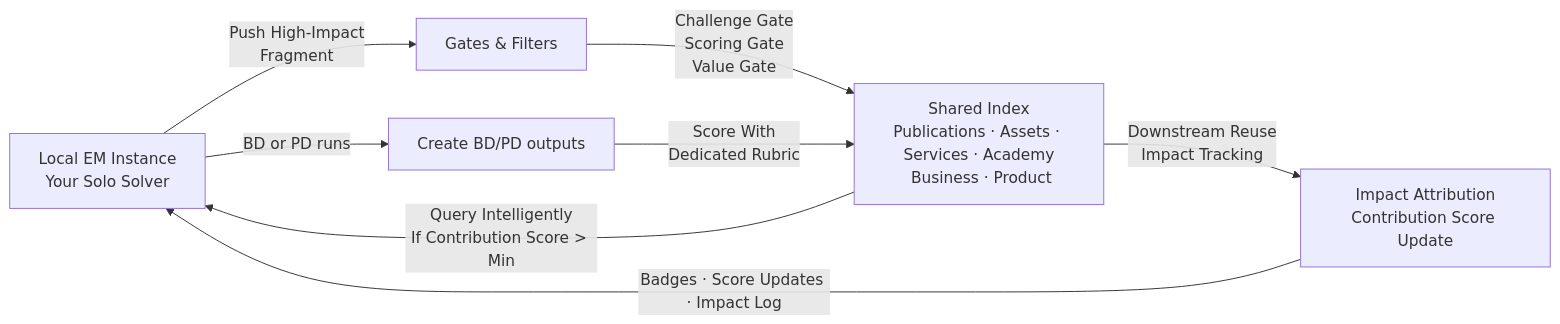
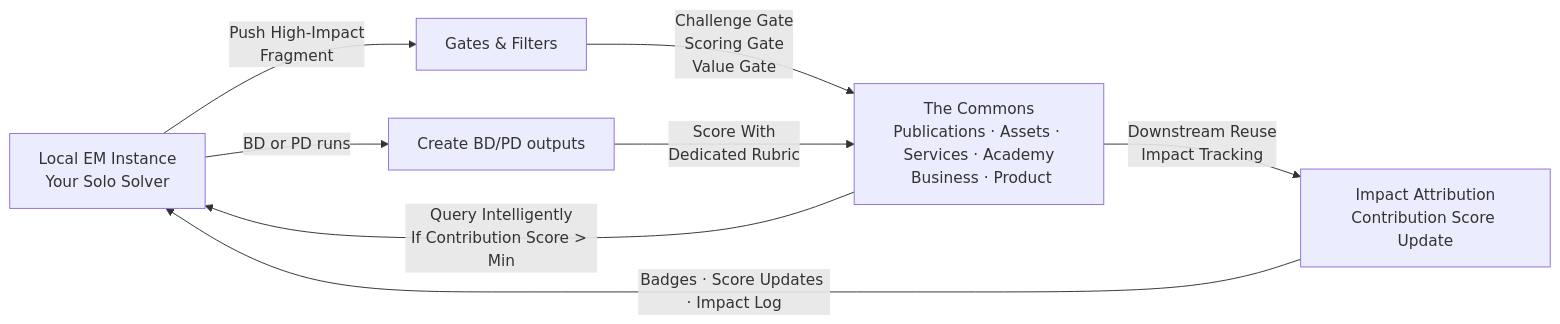
Before and after one commit to jbequ5/Enigma-Machine-Miner: the diagram in SAGE_README.md, drawn with Mermaid. The commit also changed other lines of this file, not shown here.

````diff
--- a/SAGE_README.md
+++ b/SAGE_README.md
@@ -118,10 +117,10 @@
 ```mermaid
 graph LR
 A[Local EM Instance<br/>Your Solo Solver] -->|Push High-Impact<br/>Fragment| B[Gates & Filters]
-B -->|Challenge Gate <br/>Scoring Gate<br/>Value Gate| C[Shared Index<br/>Publications · Assets · Services · Academy<br/> Business · Product]
+B -->|Challenge Gate <br/>Scoring Gate<br/>Value Gate| C[The Commons<br/>Publications · Assets · Services · Academy<br/> Business · Product]
 C -->|Query Intelligently<br/>If Contribution Score > Min| A
 A -->|BD or PD runs| F[Create BD/PD outputs]
 F -->|Score With<br/>Dedicated Rubric| C
 C -->|Downstream Reuse<br/>Impact Tracking| G[Impact Attribution<br/>Contribution Score Update]
 G -->|Badges · Score Updates · Impact Log| A
 ```
````
